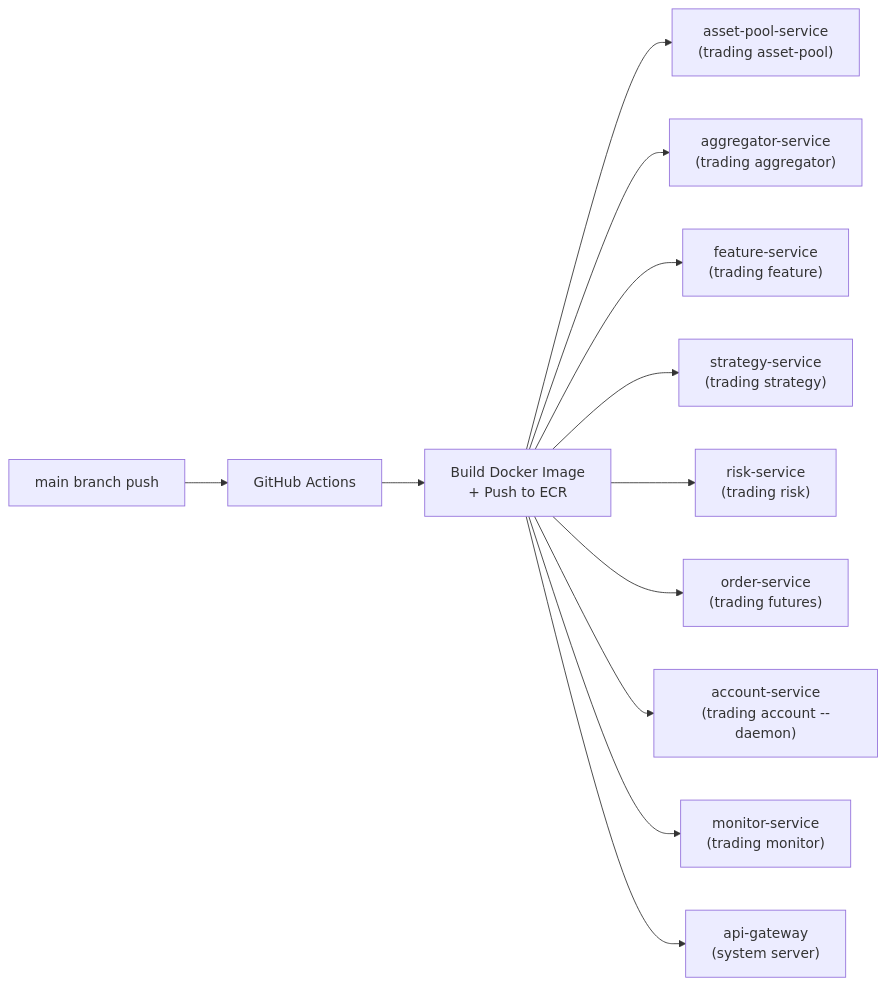
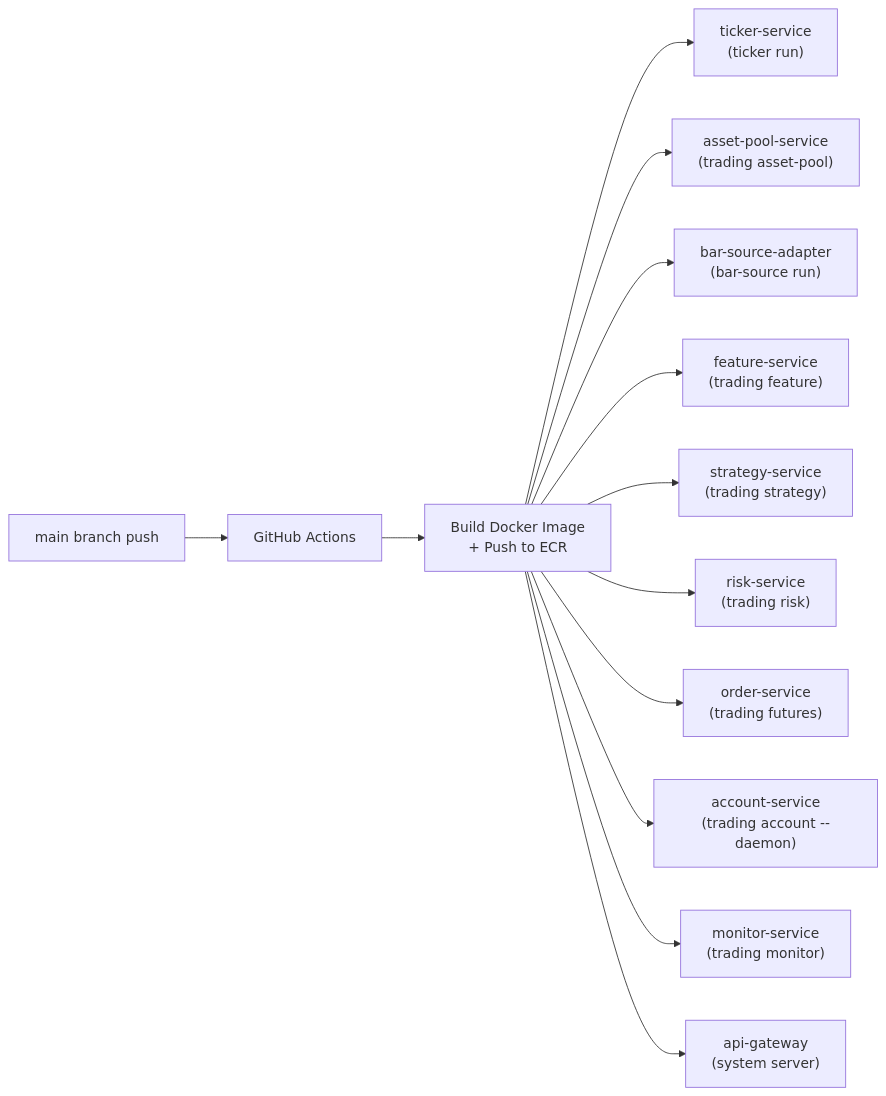
Before and after one commit to DragonQuantt/docs: the fourth of 5 diagrams in content/architecture/index.md, drawn with Mermaid. The commit also changed other lines of this file, not shown here.

````diff
--- a/content/architecture/index.md
+++ b/content/architecture/index.md
@@ -1006,14 +1018,15 @@
 ```mermaid
 flowchart LR
     Push["main branch push"] --> GHA["GitHub Actions"]
     GHA --> Build["Build Docker Image\n+ Push to ECR"]
-    Build --> D1["asset-pool-service\n(trading asset-pool)"]
-    Build --> D2["aggregator-service\n(trading aggregator)"]
-    Build --> D3["feature-service\n(trading feature)"]
-    Build --> D4["strategy-service\n(trading strategy)"]
-    Build --> D5["risk-service\n(trading risk)"]
-    Build --> D6["order-service\n(trading futures)"]
-    Build --> D7["account-service\n(trading account --daemon)"]
-    Build --> D8["monitor-service\n(trading monitor)"]
-    Build --> D9["api-gateway\n(system server)"]
+    Build --> D1["ticker-service\n(ticker run)"]
+    Build --> D2["asset-pool-service\n(trading asset-pool)"]
+    Build --> D3["bar-source-adapter\n(bar-source run)"]
+    Build --> D4["feature-service\n(trading feature)"]
+    Build --> D5["strategy-service\n(trading strategy)"]
+    Build --> D6["risk-service\n(trading risk)"]
+    Build --> D7["order-service\n(trading futures)"]
+    Build --> D8["account-service\n(trading account --daemon)"]
+    Build --> D9["monitor-service\n(trading monitor)"]
+    Build --> D10["api-gateway\n(system server)"]
 ```
````
